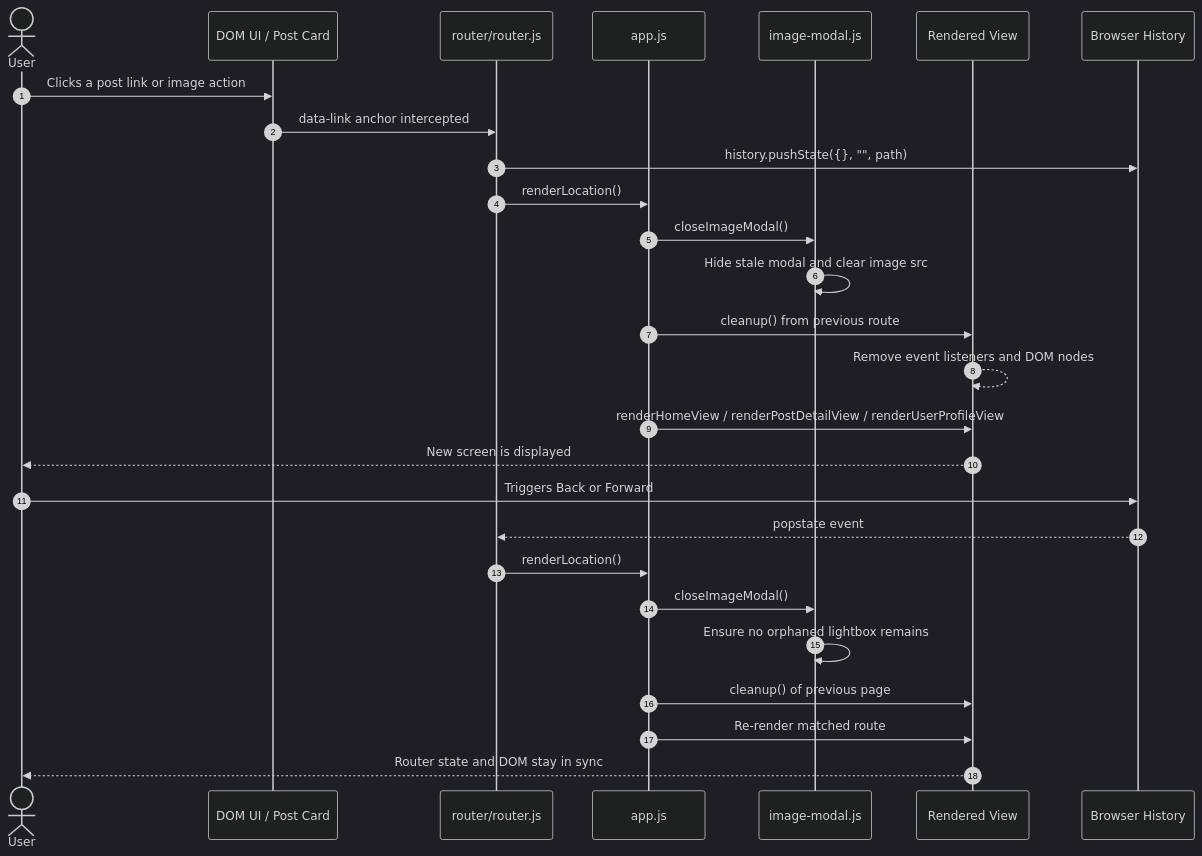
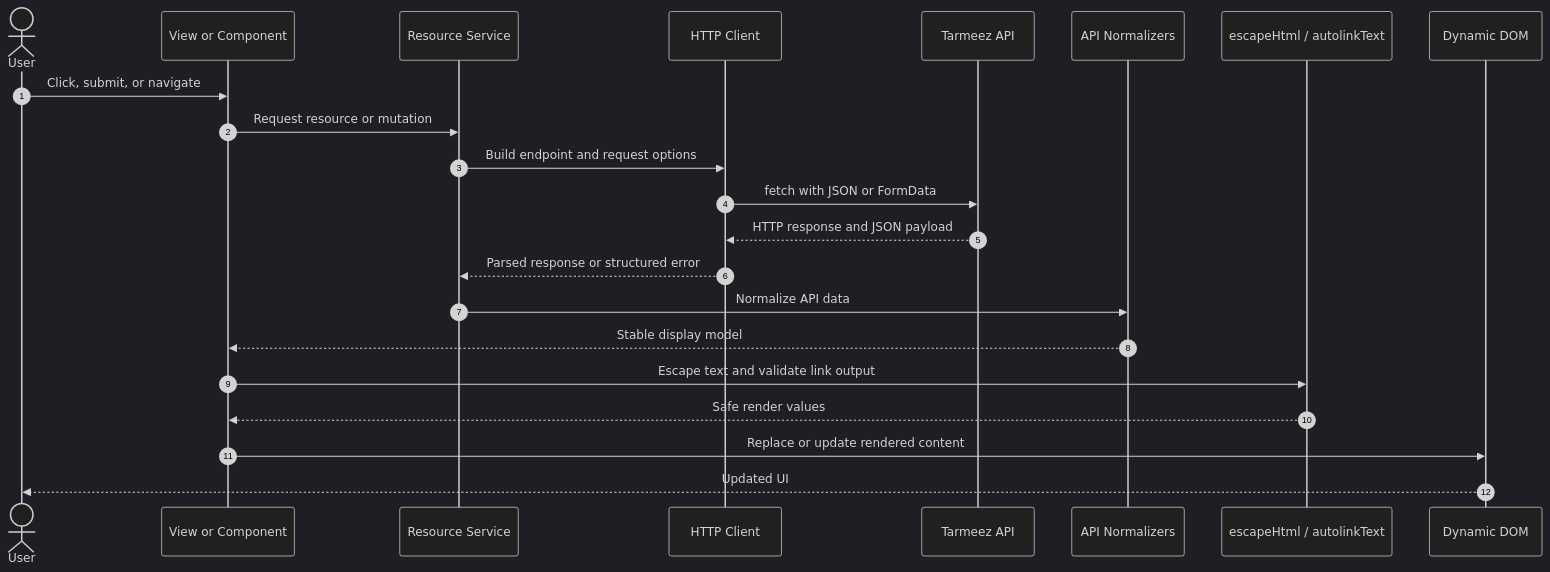
The third of 4 diagrams in ARCHITECTURE.md (kogordev/tarmeez-js-spa), drawn with Mermaid (dark theme) before and after one commit. The commit also changed other lines of this file, not shown here.

Commit message:
docs: add comprehensive ARCHITECTURE.md with code roadmap and system diagrams

````diff
--- a/ARCHITECTURE.md
+++ b/ARCHITECTURE.md
@@ -54,31 +104,25 @@
 ```mermaid
 sequenceDiagram
     autonumber
     actor User
-    participant UI as DOM UI / Post Card
-    participant Router as router/router.js
-    participant App as app.js
-    participant Modal as image-modal.js
-    participant View as Rendered View
-    participant Browser as Browser History
+    participant Component as View or Component
+    participant Service as Resource Service
+    participant HTTP as HTTP Client
+    participant API as Tarmeez API
+    participant Normalize as API Normalizers
+    participant Sanitize as escapeHtml / autolinkText
+    participant DOM as Dynamic DOM
 
-    User->>UI: Clicks a post link or image action
-    UI->>Router: data-link anchor intercepted
-    Router->>Browser: history.pushState({}, "", path)
-    Router->>App: renderLocation()
-    App->>Modal: closeImageModal()
-    Modal->>Modal: Hide stale modal and clear image src
-    App->>View: cleanup() from previous route
-    View-->>View: Remove event listeners and DOM nodes
-    App->>View: renderHomeView / renderPostDetailView / renderUserProfileView
-    View-->>User: New screen is displayed
-
-    User->>Browser: Triggers Back or Forward
-    Browser-->>Router: popstate event
-    Router->>App: renderLocation()
-    App->>Modal: closeImageModal()
-    Modal->>Modal: Ensure no orphaned lightbox remains
-    App->>View: cleanup() of previous page
-    App->>View: Re-render matched route
-    View-->>User: Router state and DOM stay in sync
+    User->>Component: Click, submit, or navigate
+    Component->>Service: Request resource or mutation
+    Service->>HTTP: Build endpoint and request options
+    HTTP->>API: fetch with JSON or FormData
+    API-->>HTTP: HTTP response and JSON payload
+    HTTP-->>Service: Parsed response or structured error
+    Service->>Normalize: Normalize API data
+    Normalize-->>Component: Stable display model
+    Component->>Sanitize: Escape text and validate link output
+    Sanitize-->>Component: Safe render values
+    Component->>DOM: Replace or update rendered content
+    DOM-->>User: Updated UI
 ```
````
